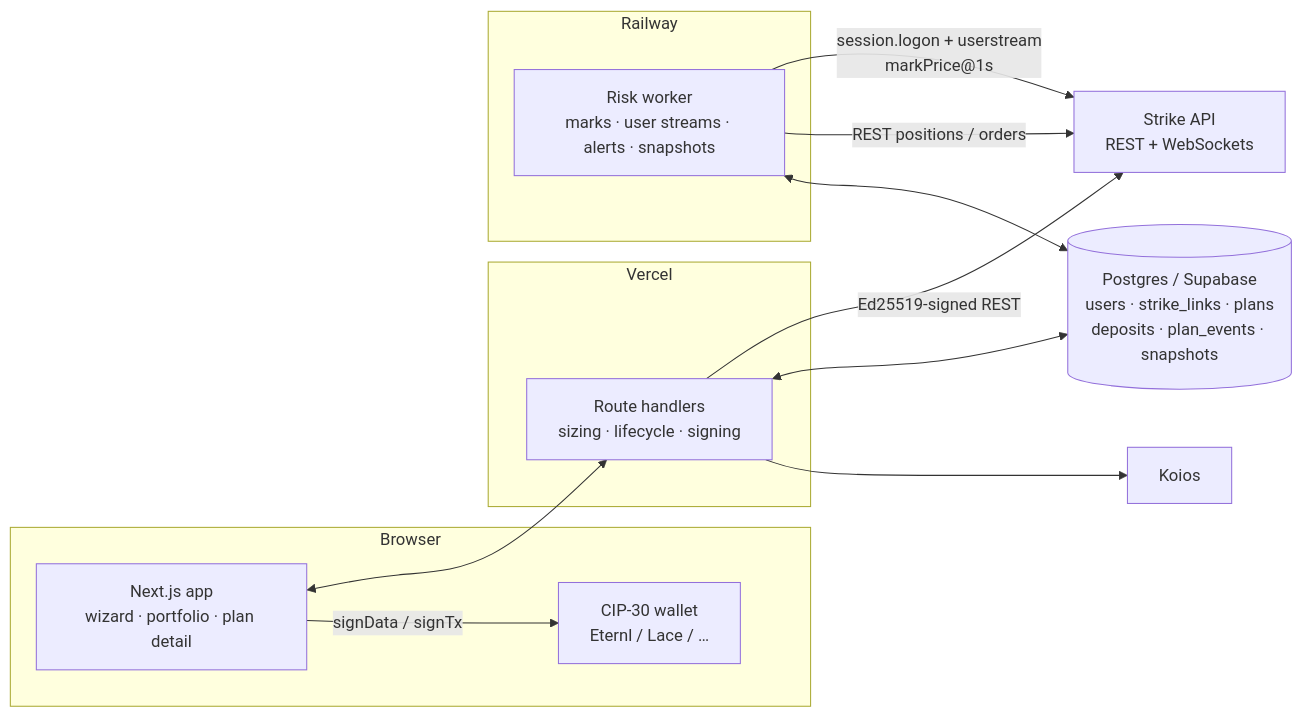
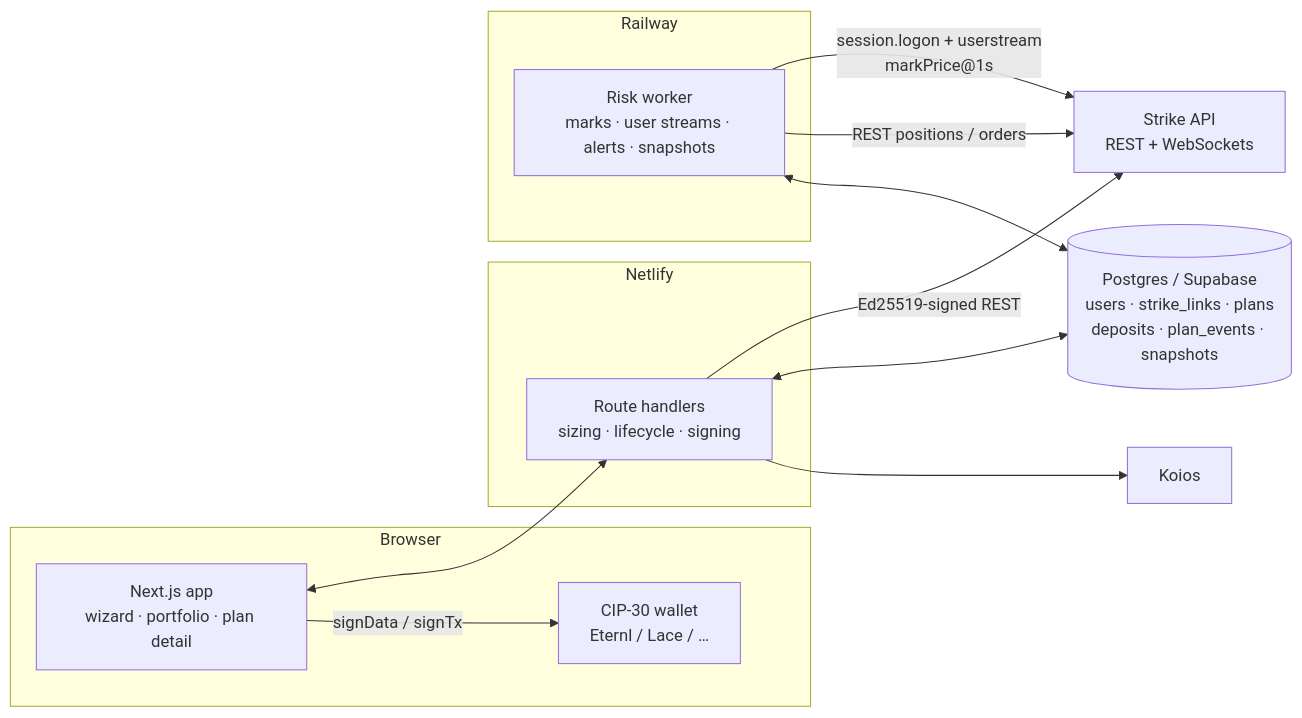
One commit to linoxbt/Locke changed the diagram in README.md. Above: the diagram before and after it, drawn with Mermaid. The commit also changed other lines of this file and 2 other files, not shown here.

````diff
--- a/README.md
+++ b/README.md
@@ -81,25 +83,25 @@
 ```mermaid
 flowchart LR
   subgraph Browser
     UI[Next.js app<br/>wizard · portfolio · plan detail]
     W[CIP-30 wallet<br/>Eternl / Lace / …]
   end
-  subgraph Vercel
+  subgraph Netlify
     API[Route handlers<br/>sizing · lifecycle · signing]
   end
   subgraph Railway
     RW[Risk worker<br/>marks · user streams · alerts · snapshots]
   end
   DB[(Postgres / Supabase<br/>users · strike_links · plans<br/>deposits · plan_events · snapshots)]
   S[Strike API<br/>REST + WebSockets]
   K[Koios]
 
   UI <--> API
   UI -- signData / signTx --> W
   API -- Ed25519-signed REST --> S
   RW -- session.logon + userstream<br/>markPrice@1s --> S
   RW -- REST positions / orders --> S
   API <--> DB
   RW <--> DB
   API --> K
 ```
````
